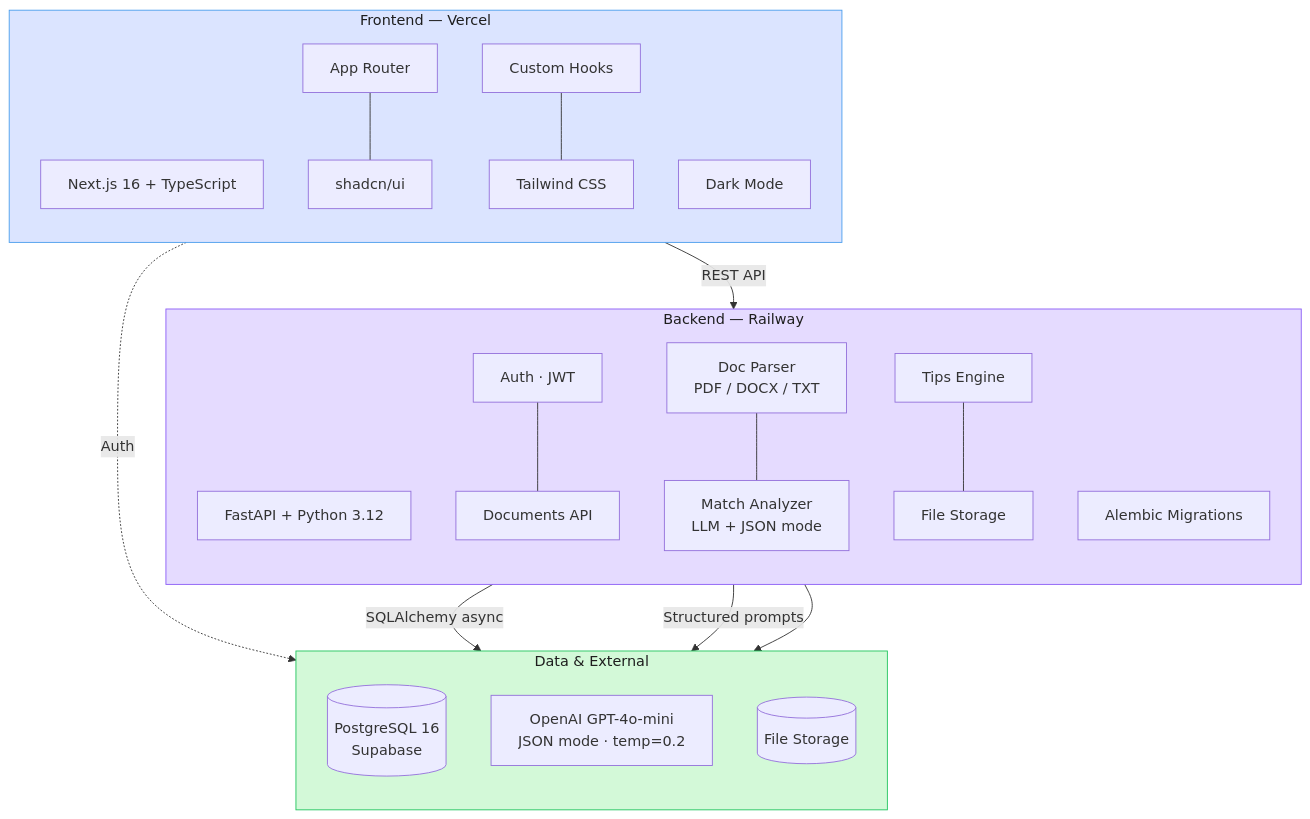
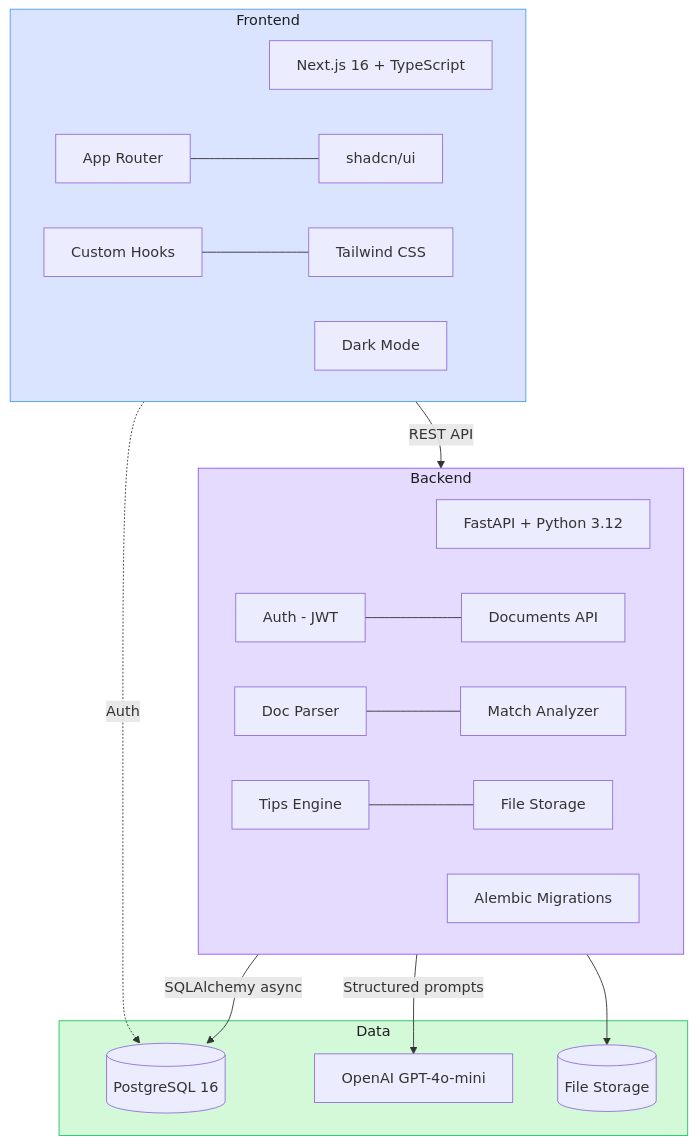
One commit to soneeee22000/DocuQuery-dev changed the diagram in docs/ARCHITECTURE.md. Above: the diagram before and after it, drawn with Mermaid. The commit also changed 1 other file, not shown here.

Commit message:
fix: mermaid diagram syntax for v8.8.0 compatibility
- Remove `direction` keyword (not supported in mermaid 8.x)
- Remove HTML tags, em dashes, middle dots from labels
- Use plain bracket syntax instead of quoted labels
- Use parentheses for cylinder/database nodes

````diff
--- a/docs/ARCHITECTURE.md
+++ b/docs/ARCHITECTURE.md
@@ -19,36 +19,33 @@
 ```mermaid
 graph TB
-    subgraph Frontend["Frontend — Vercel"]
-        direction TB
-        NJ["Next.js 16 + TypeScript"]
-        AR["App Router"] --- SC["shadcn/ui"]
-        HK["Custom Hooks"] --- TW["Tailwind CSS"]
-        DM["Dark Mode"]
+    subgraph Frontend
+        NJ[Next.js 16 + TypeScript]
+        AR[App Router] --- SC[shadcn/ui]
+        HK[Custom Hooks] --- TW[Tailwind CSS]
+        DM[Dark Mode]
     end
 
-    subgraph Backend["Backend — Railway"]
-        direction TB
-        FA["FastAPI + Python 3.12"]
-        AUTH["Auth · JWT"] --- DOCS["Documents API"]
-        PARSE["Doc Parser<br/>PDF / DOCX / TXT"] --- ANALYZE["Match Analyzer<br/>LLM + JSON mode"]
-        TIPS["Tips Engine"] --- STORE["File Storage"]
-        ALB["Alembic Migrations"]
+    subgraph Backend
+        FA[FastAPI + Python 3.12]
+        AUTH[Auth - JWT] --- DOCS[Documents API]
+        PARSE[Doc Parser] --- ANALYZE[Match Analyzer]
+        TIPS[Tips Engine] --- STORE[File Storage]
+        ALB[Alembic Migrations]
     end
 
-    subgraph Data["Data & External"]
-        direction TB
-        PG[("PostgreSQL 16<br/>Supabase")]
-        OAI["OpenAI GPT-4o-mini<br/>JSON mode · temp=0.2"]
-        FS[("File Storage")]
+    subgraph Data
+        PG[(PostgreSQL 16)]
+        OAI[OpenAI GPT-4o-mini]
+        FS[(File Storage)]
     end
 
-    Frontend -->|"REST API"| Backend
-    Frontend -.->|"Auth"| PG
-    Backend -->|"SQLAlchemy async"| PG
-    Backend -->|"Structured prompts"| OAI
+    Frontend -->|REST API| Backend
+    Frontend -.->|Auth| PG
+    Backend -->|SQLAlchemy async| PG
+    Backend -->|Structured prompts| OAI
     Backend --> FS
 
     style Frontend fill:#dbe4ff,stroke:#4a9eed,color:#1e1e1e
     style Backend fill:#e5dbff,stroke:#8b5cf6,color:#1e1e1e
     style Data fill:#d3f9d8,stroke:#22c55e,color:#1e1e1e
 ```
````
